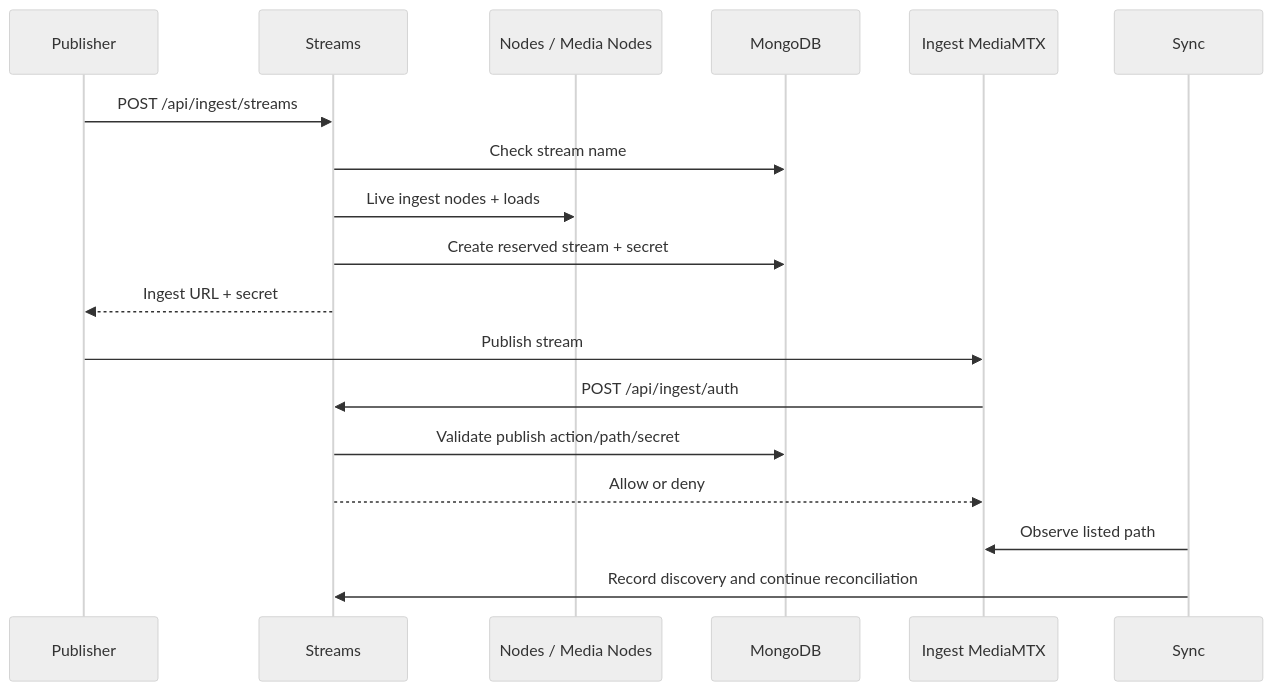
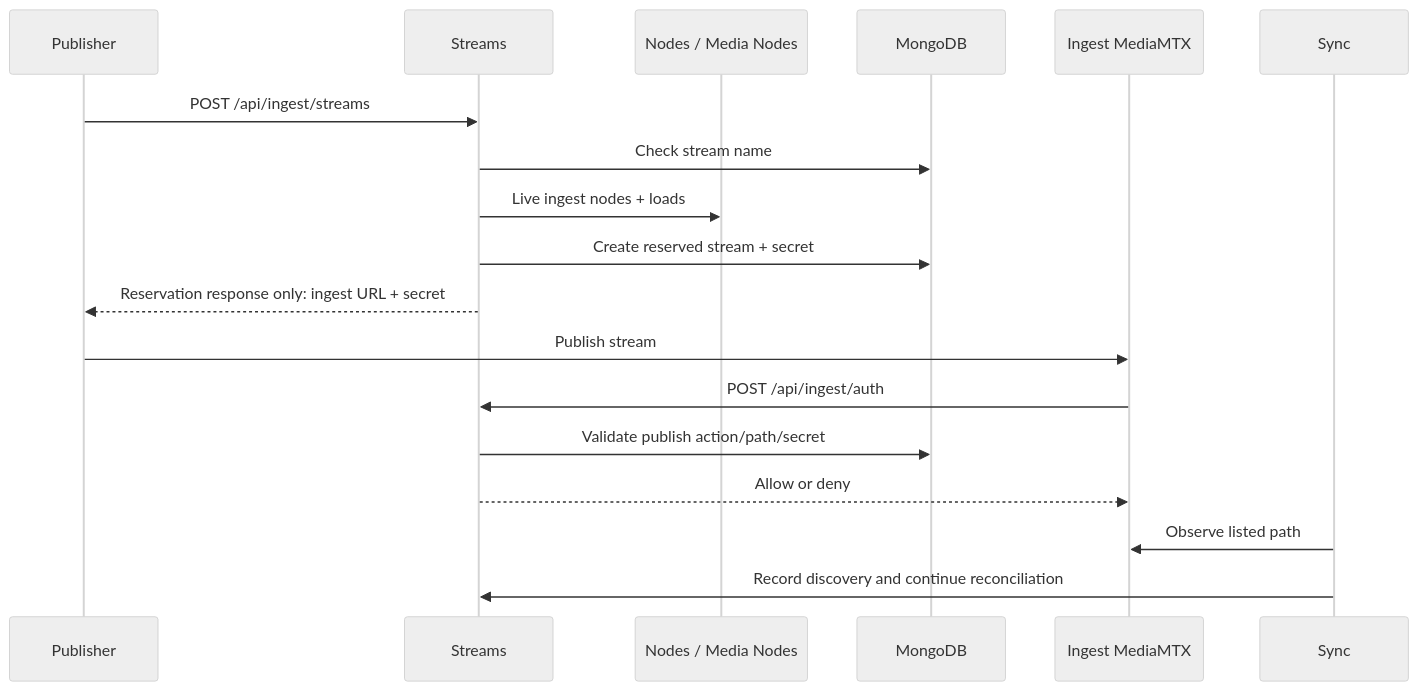
One commit to emanuel74-bit/media-sync changed the diagram in docs/subsystems/stream-reservation-and-publication.md. Above: the diagram before and after it, drawn with Mermaid (neutral theme). The commit also changed other lines of this file and 19 other files, not shown here.

````diff
--- a/docs/subsystems/stream-reservation-and-publication.md
+++ b/docs/subsystems/stream-reservation-and-publication.md
@@ -39,20 +39,20 @@
 ```mermaid
 sequenceDiagram
     participant P as Publisher
     participant S as Streams
     participant N as Nodes / Media Nodes
     participant D as MongoDB
     participant M as Ingest MediaMTX
     participant Y as Sync
     P->>S: POST /api/ingest/streams
     S->>D: Check stream name
     S->>N: Live ingest nodes + loads
     S->>D: Create reserved stream + secret
-    S-->>P: Ingest URL + secret
+    S-->>P: Reservation response only: ingest URL + secret
     P->>M: Publish stream
     M->>S: POST /api/ingest/auth
     S->>D: Validate publish action/path/secret
     S-->>M: Allow or deny
     Y->>M: Observe listed path
     Y->>S: Record discovery and continue reconciliation
 ```
````
